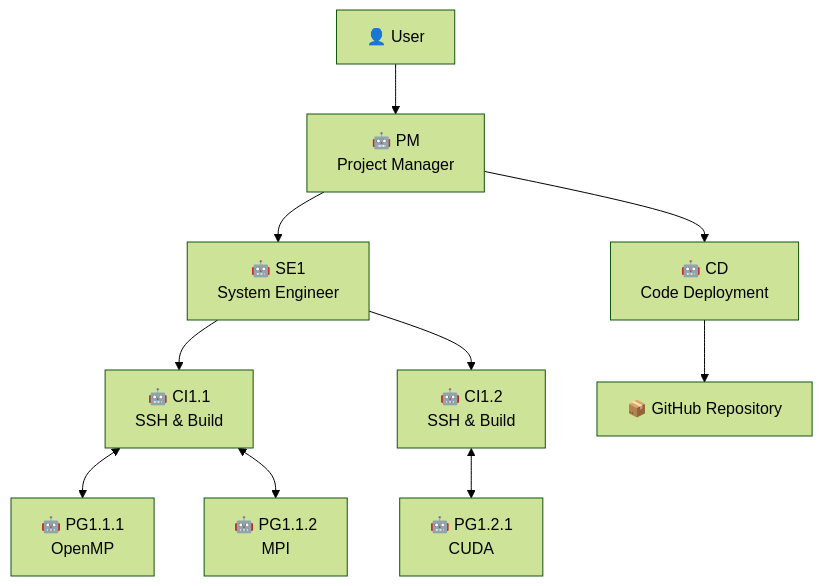
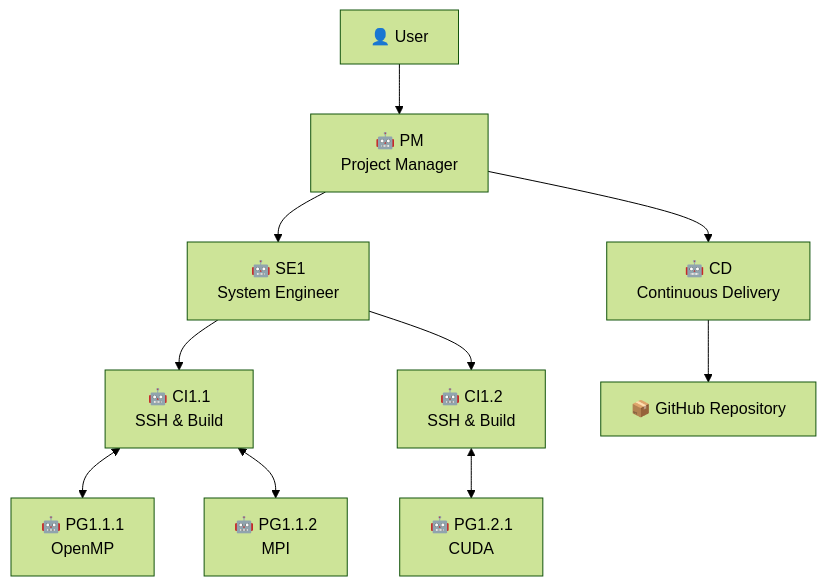
The first of 3 diagrams in README.md (erkinalp/VibeCodeHPC-tr), drawn with Mermaid (forest theme) before and after one commit. The commit also changed other lines of this file, not shown here.

````diff
--- a/README.md
+++ b/README.md
@@ -23,15 +23,15 @@
 ```mermaid
 graph TD
     User[👤 User] --> PM[🤖 PM<br/>Project Manager]
     PM --> SE1[🤖 SE1<br/>System Engineer]
-    PM --> CD[🤖 CD<br/>Code Deployment]
+    PM --> CD[🤖 CD<br/>Continuous Delivery]
     
     SE1 --> CI1[🤖 CI1.1<br/>SSH & Build]
     SE1 --> CI2[🤖 CI1.2<br/>SSH & Build]
     
     CI1 <--> PG1[🤖 PG1.1.1<br/>OpenMP]
     CI1 <--> PG2[🤖 PG1.1.2<br/>MPI]
     CI2 <--> PG3[🤖 PG1.2.1<br/>CUDA]
     
     CD --> GitHub[📦 GitHub Repository]
 ```
````
